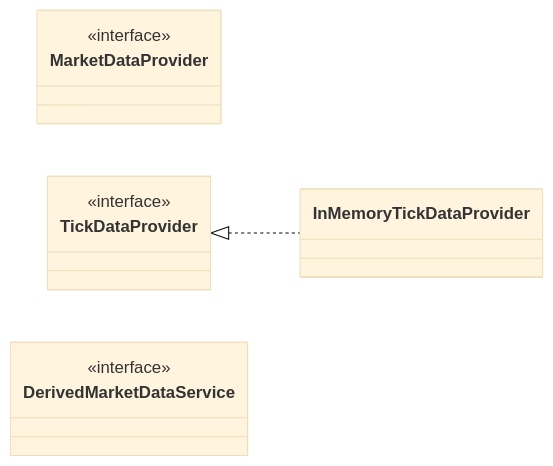
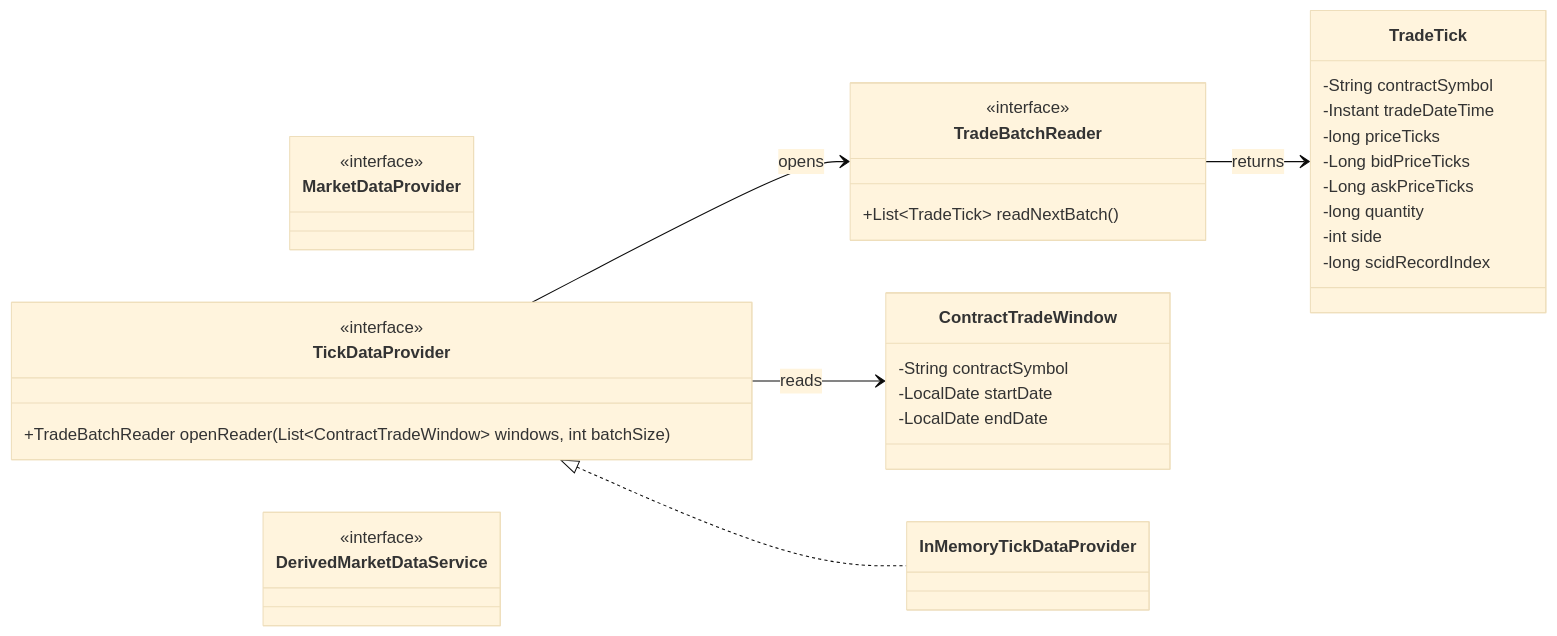
One commit to probst-paul/FORGE changed diagram 11 of 19 in class-model.md. Above: the diagram before and after it, drawn with Mermaid (base theme). The commit also changed other lines of this file and 10 other files, not shown here.

First line of the commit message:
Add trade-batch reader and Postgres tick provider

````diff
--- a/class-model.md
+++ b/class-model.md
@@ -656,20 +667,46 @@
 ```mermaid
 classDiagram
     direction LR
 
     class MarketDataProvider {
         <<interface>>
     }
 
     class TickDataProvider {
         <<interface>>
+        +TradeBatchReader openReader(List~ContractTradeWindow~ windows, int batchSize)
+    }
+
+    class TradeBatchReader {
+        <<interface>>
+        +List~TradeTick~ readNextBatch()
+    }
+
+    class ContractTradeWindow {
+        -String contractSymbol
+        -LocalDate startDate
+        -LocalDate endDate
+    }
+
+    class TradeTick {
+        -String contractSymbol
+        -Instant tradeDateTime
+        -long priceTicks
+        -Long bidPriceTicks
+        -Long askPriceTicks
+        -long quantity
+        -int side
+        -long scidRecordIndex
     }
 
     class InMemoryTickDataProvider
 
     class DerivedMarketDataService {
         <<interface>>
     }
 
     TickDataProvider <|.. InMemoryTickDataProvider
+    TickDataProvider --> TradeBatchReader : opens
+    TradeBatchReader --> TradeTick : returns
+    TickDataProvider --> ContractTradeWindow : reads
 ```
````
